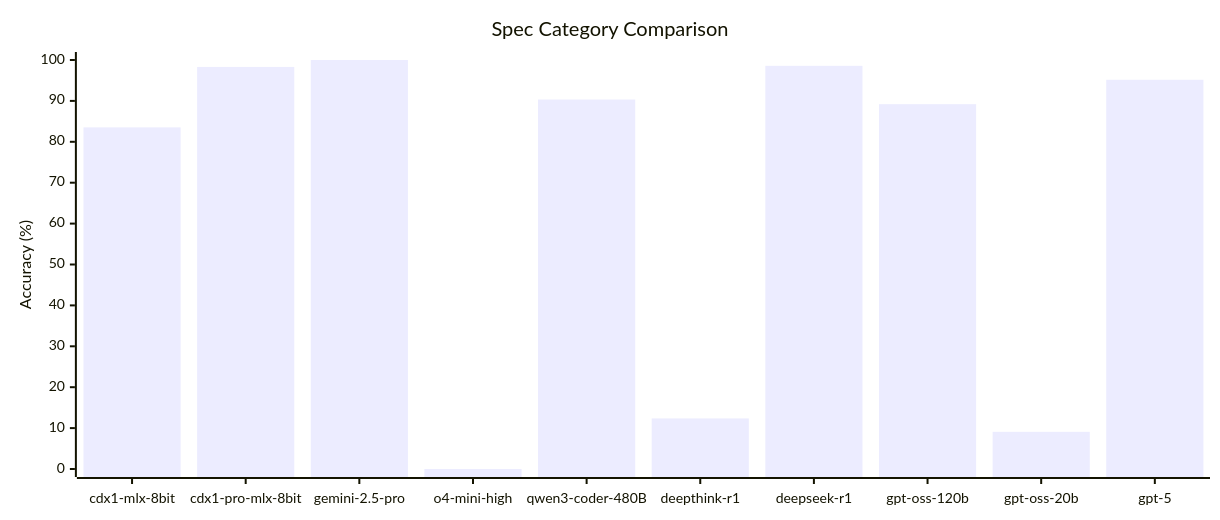
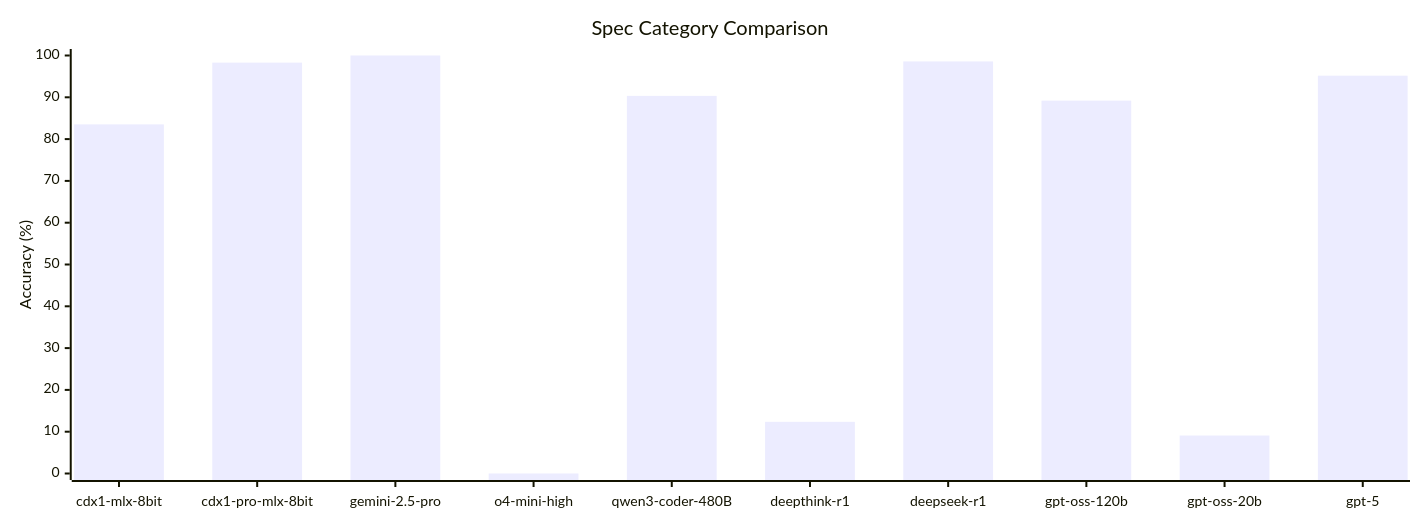
The second of 2 diagrams in contrib/xBOMEval/results/README.md (CycloneDX/cdxgen), drawn with Mermaid before and after one commit. The commit also changed other lines of this file and 8 other files, not shown here.

````diff
--- a/contrib/xBOMEval/results/README.md
+++ b/contrib/xBOMEval/results/README.md
@@ -80,13 +52,13 @@
 ```mermaid
 ---
 config:
   xyChart:
-    width: 1200
+    width: 1400
 ---
 %%{init: {'theme': 'default'}}%%
 xychart-beta
     title "Spec Category Comparison"
     x-axis [cdx1-mlx-8bit, cdx1-pro-mlx-8bit, gemini-2.5-pro, o4-mini-high, qwen3-coder-480B, deepthink-r1, deepseek-r1, gpt-oss-120b, gpt-oss-20b, gpt-5]
     y-axis "Accuracy (%)" 0 --> 100
     bar [83.52, 98.3, 100, 0, 90.34, 12.36, 98.58, 89.2, 9.09, 95.17]
 ```
````
